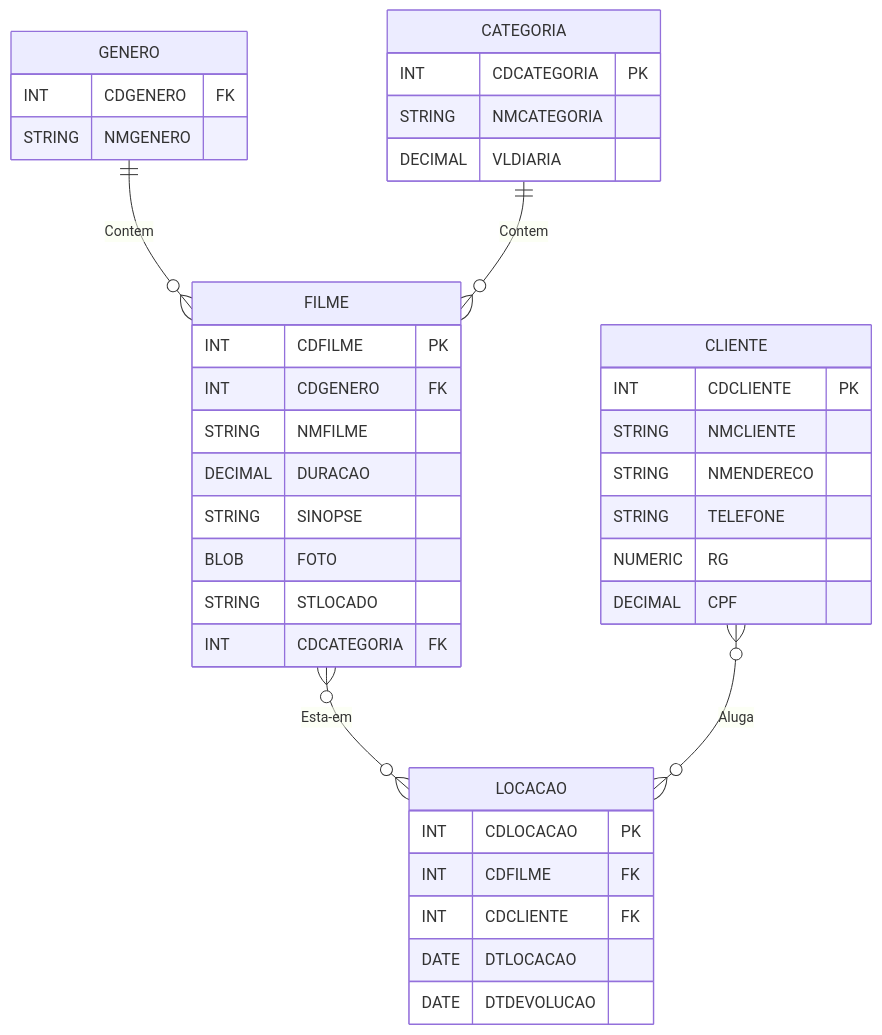
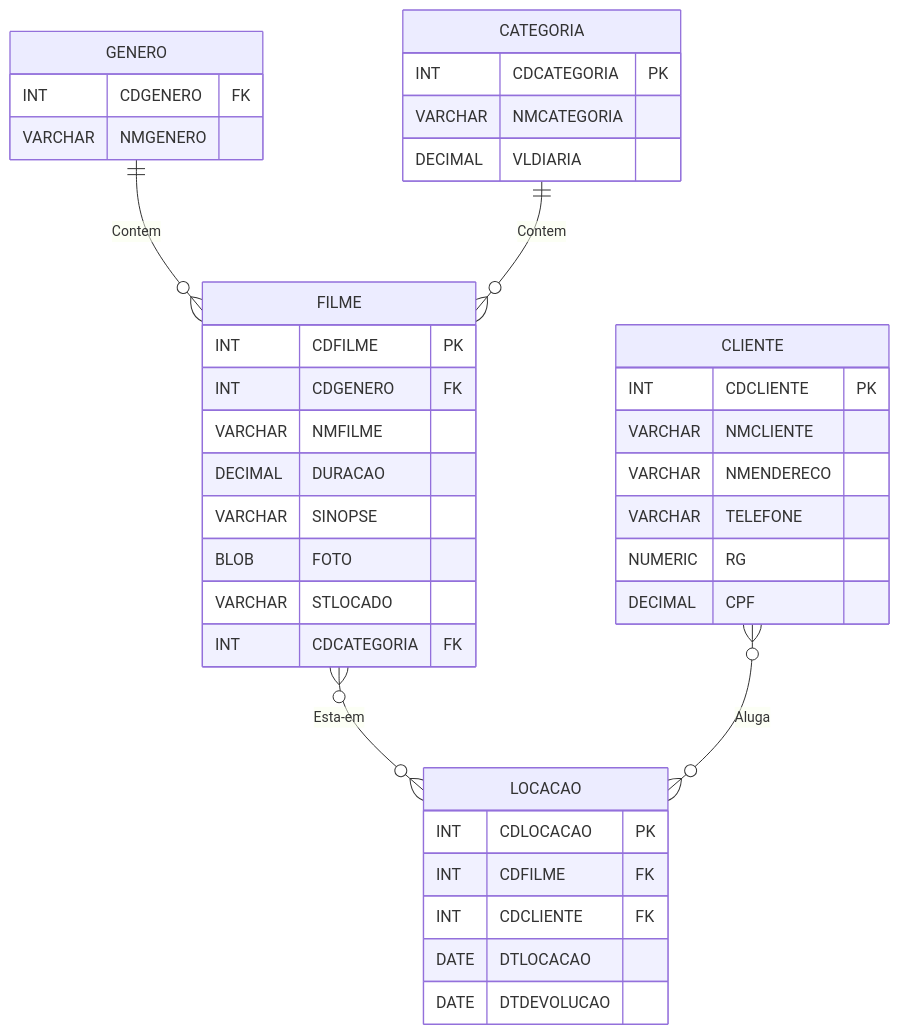
Before and after one commit to marcg-dev/SQLCursoPratico: the third of 13 diagrams in pages/Cap2.md, drawn with Mermaid. The commit also changed other lines of this file, not shown here.

````diff
--- a/pages/Cap2.md
+++ b/pages/Cap2.md
@@ -59,41 +59,41 @@
 ```mermaid
 erDiagram
     GENERO ||--o{ FILME : Contem
     GENERO {
         INT CDGENERO FK
-        STRING NMGENERO
+        VARCHAR NMGENERO
     }
     FILME }o--o{ LOCACAO : Esta-em
     FILME {
         INT CDFILME PK
         INT CDGENERO FK
-        STRING NMFILME
+        VARCHAR NMFILME
         DECIMAL DURACAO
-        STRING SINOPSE
+        VARCHAR SINOPSE
         BLOB FOTO
-        STRING STLOCADO
+        VARCHAR STLOCADO
         INT CDCATEGORIA FK
     }
     CATEGORIA ||--o{ FILME : Contem
     CATEGORIA {
         INT CDCATEGORIA PK
-        STRING NMCATEGORIA
+        VARCHAR NMCATEGORIA
         DECIMAL VLDIARIA
     }
     LOCACAO {
         INT CDLOCACAO PK
         INT CDFILME FK
         INT CDCLIENTE FK
         DATE DTLOCACAO
         DATE DTDEVOLUCAO
     }
     CLIENTE }o--o{ LOCACAO : Aluga
     CLIENTE{
         INT CDCLIENTE PK
-        STRING NMCLIENTE
-        STRING NMENDERECO
-        STRING TELEFONE
+        VARCHAR NMCLIENTE
+        VARCHAR NMENDERECO
+        VARCHAR TELEFONE
         NUMERIC RG
         DECIMAL CPF
     }
 ```
````
